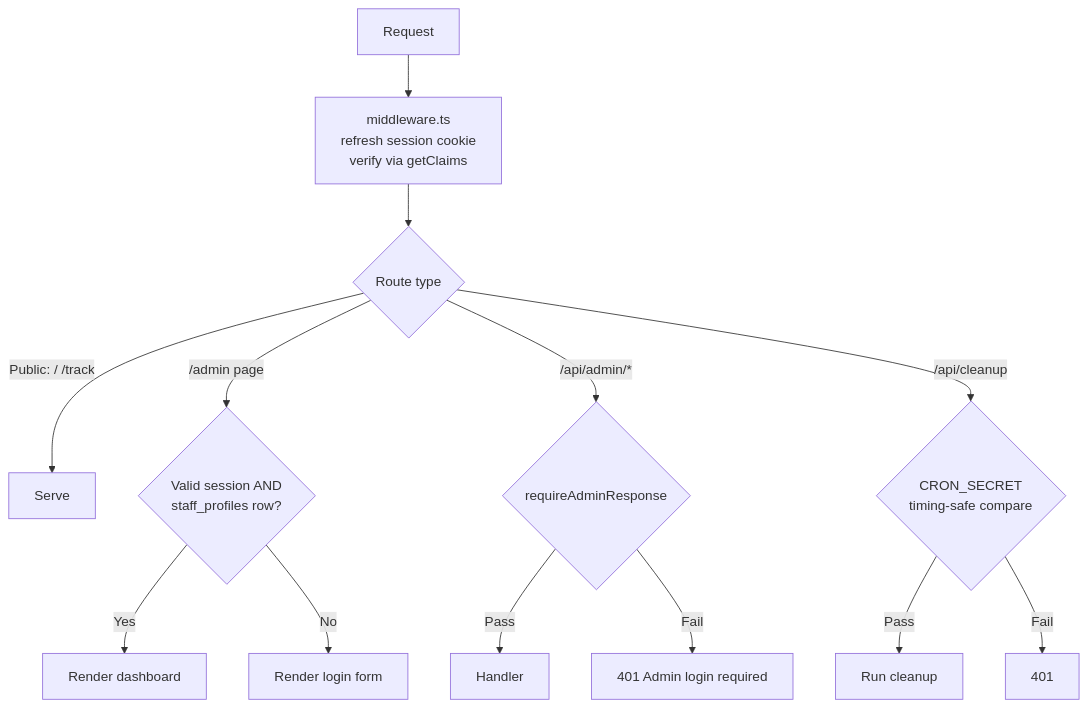
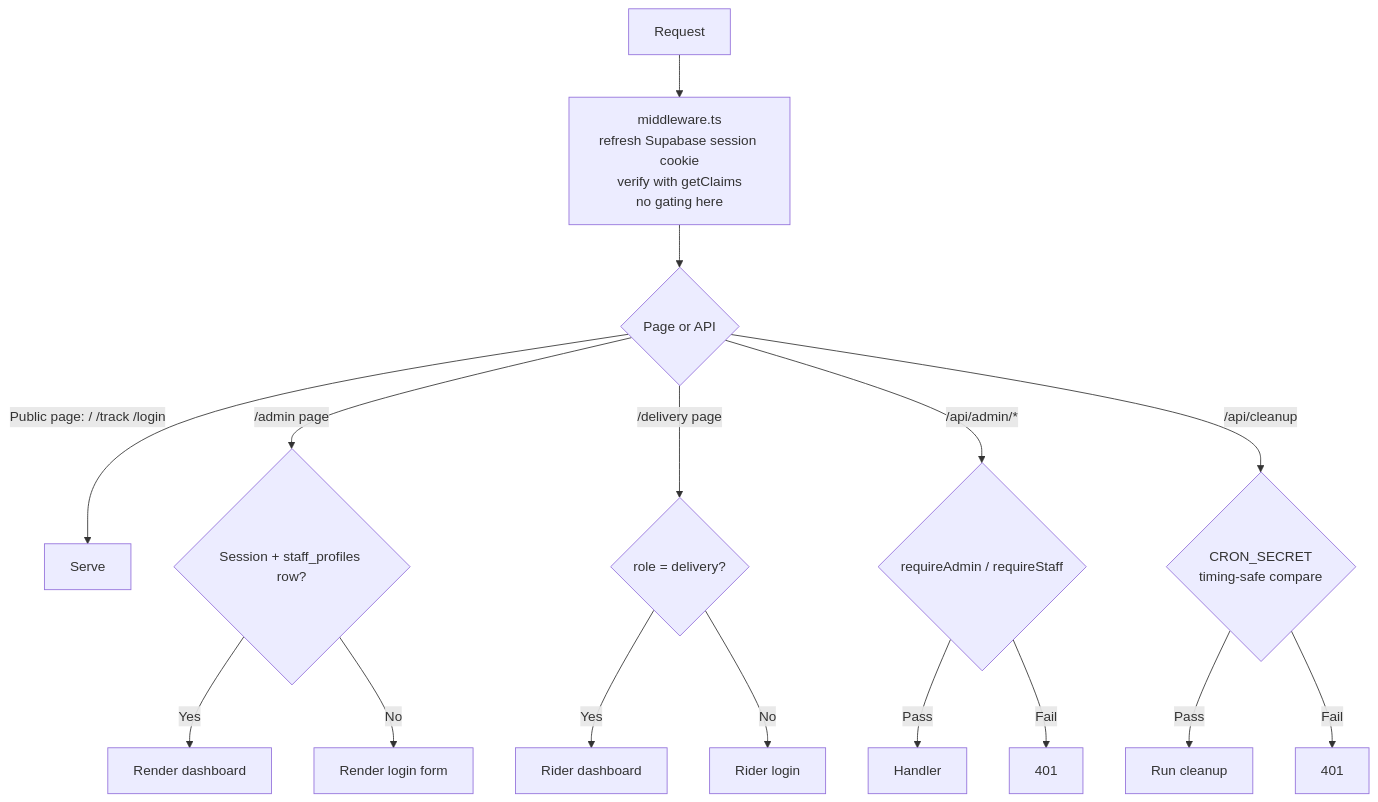
One commit to deba608/self_print changed the fifth of 5 diagrams in README.md. Above: the diagram before and after it, drawn with Mermaid. The commit also changed other lines of this file, not shown here.

````diff
--- a/README.md
+++ b/README.md
@@ -133,15 +158,18 @@
 ```mermaid
 flowchart TD
-    R[Request] --> M[middleware.ts<br/>refresh session cookie<br/>verify via getClaims]
-    M --> T{Route type}
-    T -->|Public: / /track| OK[Serve]
-    T -->|/admin page| A{Valid session AND<br/>staff_profiles row?}
+    R[Request] --> M[middleware.ts<br/>refresh Supabase session cookie<br/>verify with getClaims<br/>no gating here]
+    M --> P{Page or API}
+    P -->|Public page: / /track /login| OK[Serve]
+    P -->|/admin page| A{Session + staff_profiles row?}
     A -->|Yes| D[Render dashboard]
     A -->|No| L[Render login form]
-    T -->|/api/admin/*| B{requireAdminResponse}
+    P -->|/delivery page| R2{role = delivery?}
+    R2 -->|Yes| DD[Rider dashboard]
+    R2 -->|No| RL[Rider login]
+    P -->|/api/admin/*| B{requireAdmin / requireStaff}
     B -->|Pass| H[Handler]
-    B -->|Fail| E401[401 Admin login required]
-    T -->|/api/cleanup| CS{CRON_SECRET<br/>timing-safe compare}
+    B -->|Fail| E401[401]
+    P -->|/api/cleanup| CS{CRON_SECRET<br/>timing-safe compare}
     CS -->|Pass| CL[Run cleanup]
     CS -->|Fail| E403[401]
 ```
````
